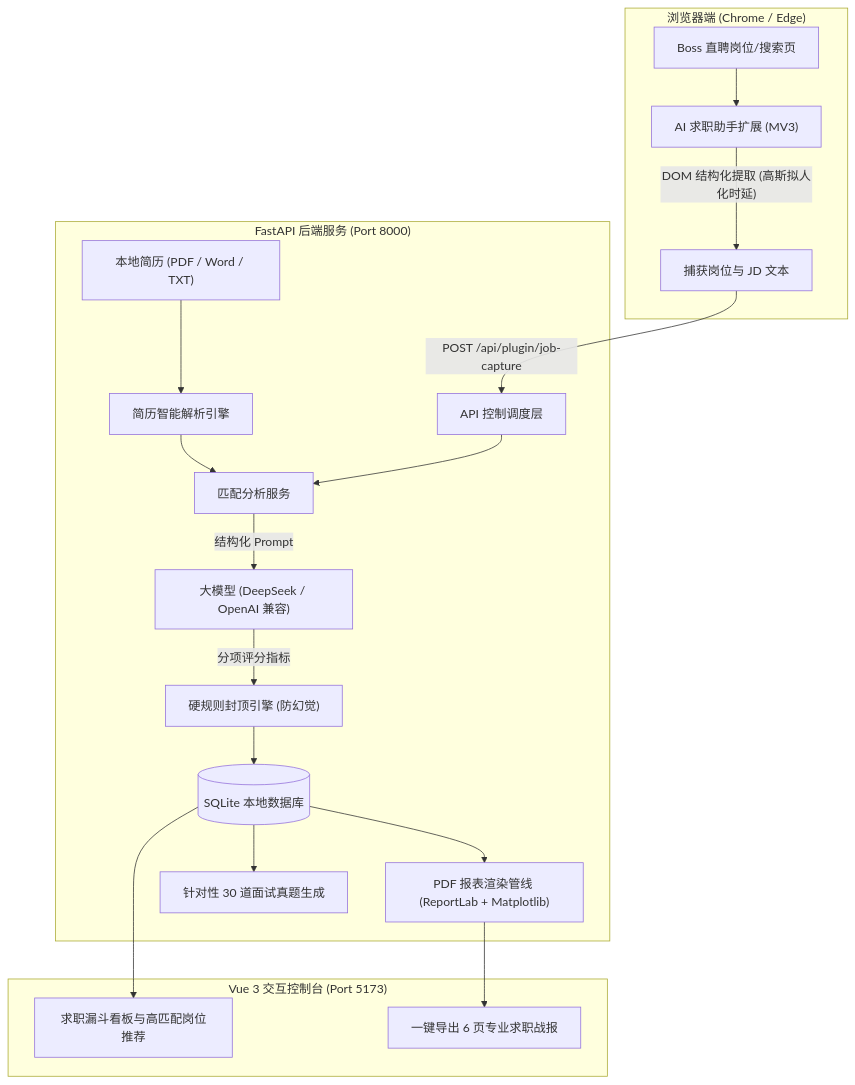
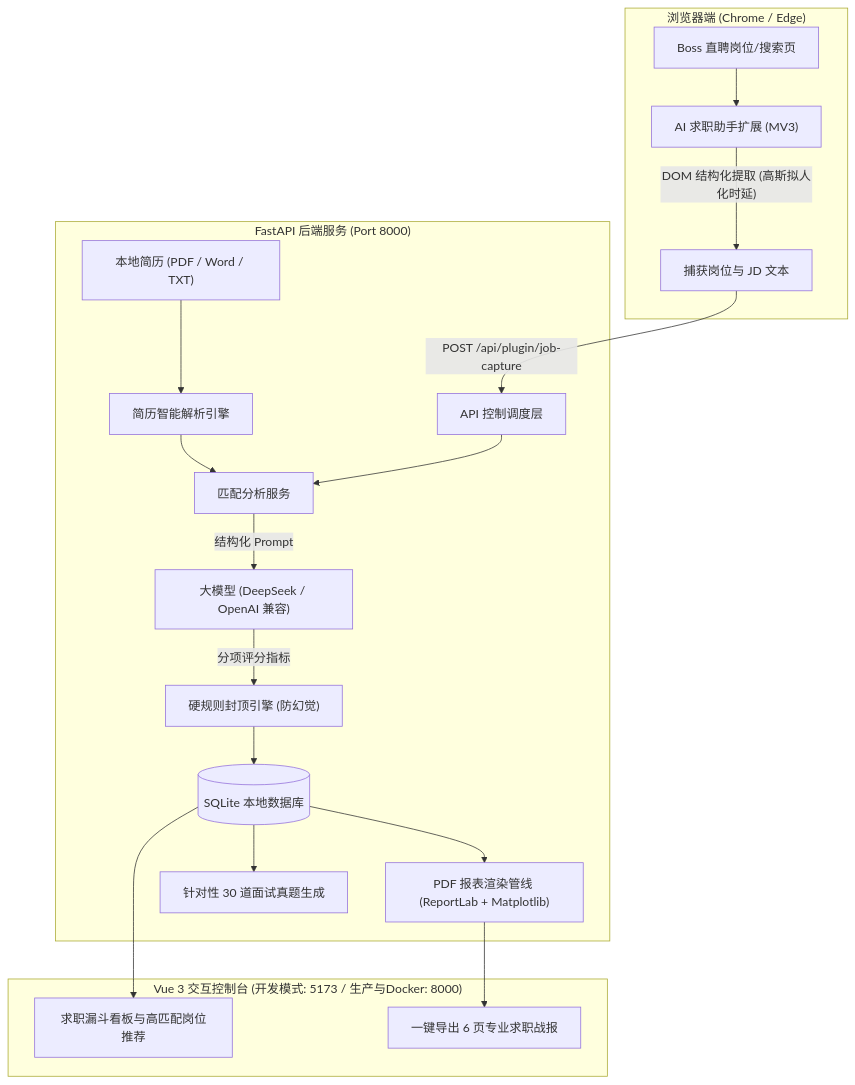
Before and after one commit to gxwane/ai-job-assistant: the diagram in README.md, drawn with Mermaid. The commit also changed other lines of this file and 5 other files, not shown here.

````diff
--- a/README.md
+++ b/README.md
@@ -42,27 +42,28 @@
 ```mermaid
 flowchart TD
     subgraph Browser ["浏览器端 (Chrome / Edge)"]
         Boss["Boss 直聘岗位/搜索页"] --> Ext["AI 求职助手扩展 (MV3)"]
         Ext -->|"DOM 结构化提取 (高斯拟人化时延)"| ExtCapture["捕获岗位与 JD 文本"]
     end
 
     subgraph Backend ["FastAPI 后端服务 (Port 8000)"]
         ExtCapture -->|"POST /api/plugin/job-capture"| Dispatcher["API 控制调度层"]
         LocalResume["本地简历 (PDF / Word / TXT)"] --> Parser["简历智能解析引擎"]
         
         Parser --> Service["匹配分析服务"]
         Dispatcher --> Service
         
         Service -->|"结构化 Prompt"| LLM["大模型 (DeepSeek / OpenAI 兼容)"]
         LLM -->|"分项评分指标"| HardRules["硬规则封顶引擎 (防幻觉)"]
         HardRules --> DB[("SQLite 本地数据库")]
         
         DB --> ReportPipeline["PDF 报表渲染管线 (ReportLab + Matplotlib)"]
         DB --> InterviewGen["针对性 30 道面试真题生成"]
     end
 
-    subgraph WebUI ["Vue 3 交互控制台 (Port 5173)"]
+    subgraph WebUI ["Vue 3 交互控制台 (开发模式: 5173 / 生产与Docker: 8000)"]
         DB --> View["求职漏斗看板与高匹配岗位推荐"]
         ReportPipeline --> Export["一键导出 6 页专业求职战报"]
     end
+
 ```
````
